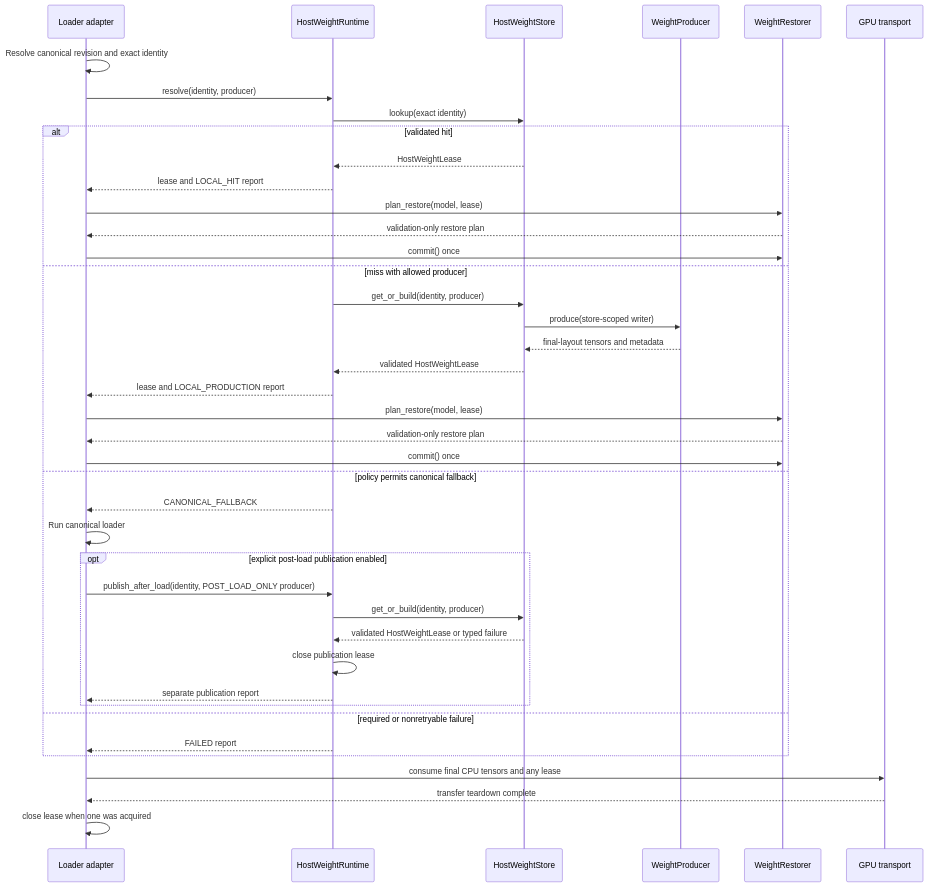
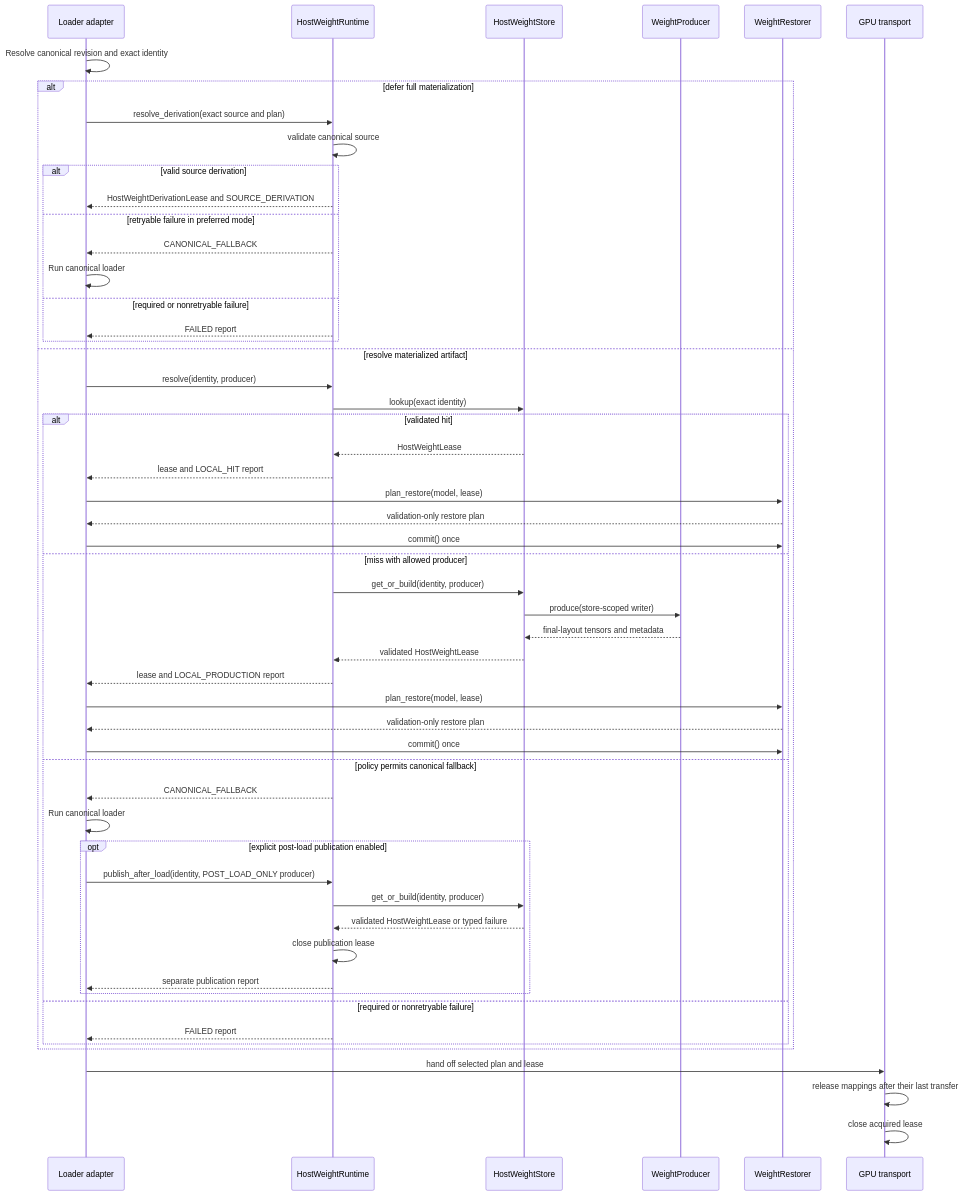
One commit to baonudesifeizhai/vllm-omni changed the second of 2 diagrams in docs/design/feature/host_weight_runtime.md. Above: the diagram before and after it, drawn with Mermaid. The commit also changed other lines of this file and 14 other files, not shown here.

````diff
--- a/docs/design/feature/host_weight_runtime.md
+++ b/docs/design/feature/host_weight_runtime.md
@@ -118,44 +144,57 @@
 ```mermaid
 sequenceDiagram
     participant L as Loader adapter
     participant R as HostWeightRuntime
     participant S as HostWeightStore
     participant P as WeightProducer
     participant X as WeightRestorer
     participant T as GPU transport
 
     L->>L: Resolve canonical revision and exact identity
-    L->>R: resolve(identity, producer)
-    R->>S: lookup(exact identity)
-    alt validated hit
-        S-->>R: HostWeightLease
-        R-->>L: lease and LOCAL_HIT report
-        L->>X: plan_restore(model, lease)
-        X-->>L: validation-only restore plan
-        L->>X: commit() once
-    else miss with allowed producer
-        R->>S: get_or_build(identity, producer)
-        S->>P: produce(store-scoped writer)
-        P-->>S: final-layout tensors and metadata
-        S-->>R: validated HostWeightLease
-        R-->>L: lease and LOCAL_PRODUCTION report
-        L->>X: plan_restore(model, lease)
-        X-->>L: validation-only restore plan
-        L->>X: commit() once
-    else policy permits canonical fallback
-        R-->>L: CANONICAL_FALLBACK
-        L->>L: Run canonical loader
-        opt explicit post-load publication enabled
-            L->>R: publish_after_load(identity, POST_LOAD_ONLY producer)
+    alt defer full materialization
+        L->>R: resolve_derivation(exact source and plan)
+        R->>R: validate canonical source
+        alt valid source derivation
+            R-->>L: HostWeightDerivationLease and SOURCE_DERIVATION
+        else retryable failure in preferred mode
+            R-->>L: CANONICAL_FALLBACK
+            L->>L: Run canonical loader
+        else required or nonretryable failure
+            R-->>L: FAILED report
+        end
+    else resolve materialized artifact
+        L->>R: resolve(identity, producer)
+        R->>S: lookup(exact identity)
+        alt validated hit
+            S-->>R: HostWeightLease
+            R-->>L: lease and LOCAL_HIT report
+            L->>X: plan_restore(model, lease)
+            X-->>L: validation-only restore plan
+            L->>X: commit() once
+        else miss with allowed producer
             R->>S: get_or_build(identity, producer)
-            S-->>R: validated HostWeightLease or typed failure
-            R->>R: close publication lease
-            R-->>L: separate publication report
+            S->>P: produce(store-scoped writer)
+            P-->>S: final-layout tensors and metadata
+            S-->>R: validated HostWeightLease
+            R-->>L: lease and LOCAL_PRODUCTION report
+            L->>X: plan_restore(model, lease)
+            X-->>L: validation-only restore plan
+            L->>X: commit() once
+        else policy permits canonical fallback
+            R-->>L: CANONICAL_FALLBACK
+            L->>L: Run canonical loader
+            opt explicit post-load publication enabled
+                L->>R: publish_after_load(identity, POST_LOAD_ONLY producer)
+                R->>S: get_or_build(identity, producer)
+                S-->>R: validated HostWeightLease or typed failure
+                R->>R: close publication lease
+                R-->>L: separate publication report
+            end
+        else required or nonretryable failure
+            R-->>L: FAILED report
         end
-    else required or nonretryable failure
-        R-->>L: FAILED report
     end
-    L->>T: consume final CPU tensors and any lease
-    T-->>L: transfer teardown complete
-    L->>L: close lease when one was acquired
+    L->>T: hand off selected plan and lease
+    T->>T: release mappings after their last transfer
+    T->>T: close acquired lease
 ```
````
